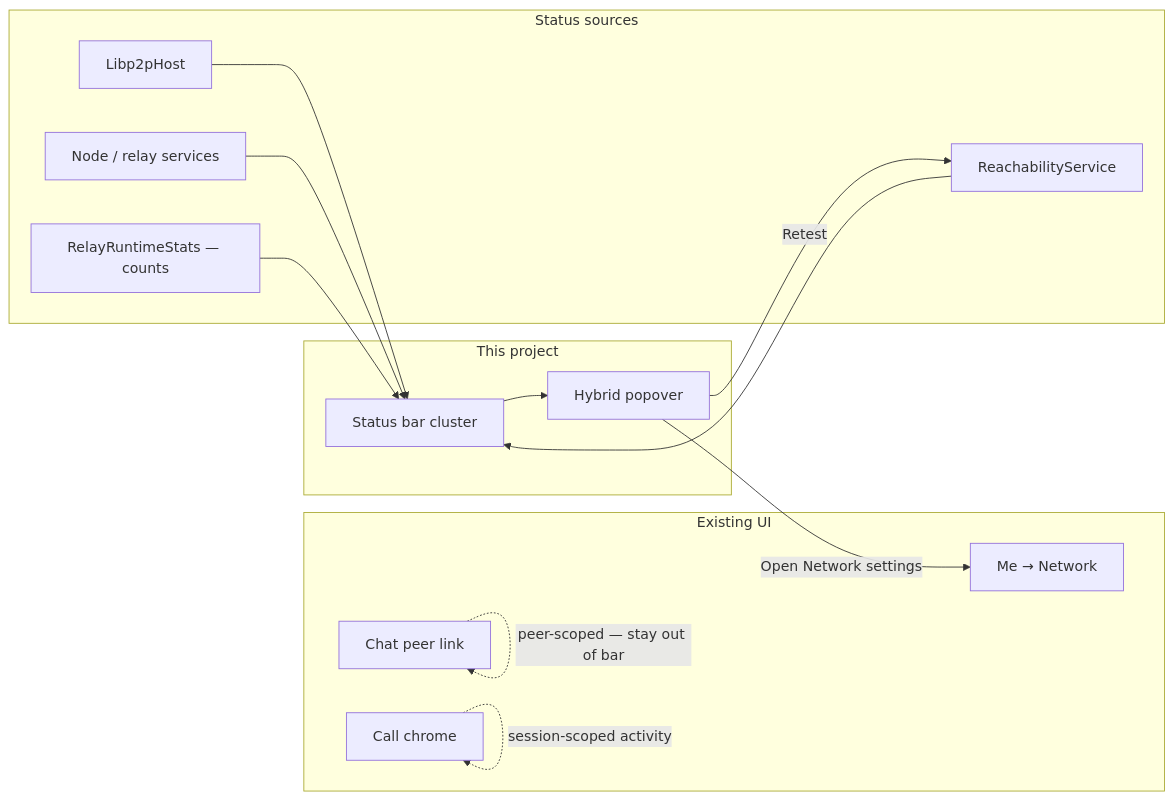
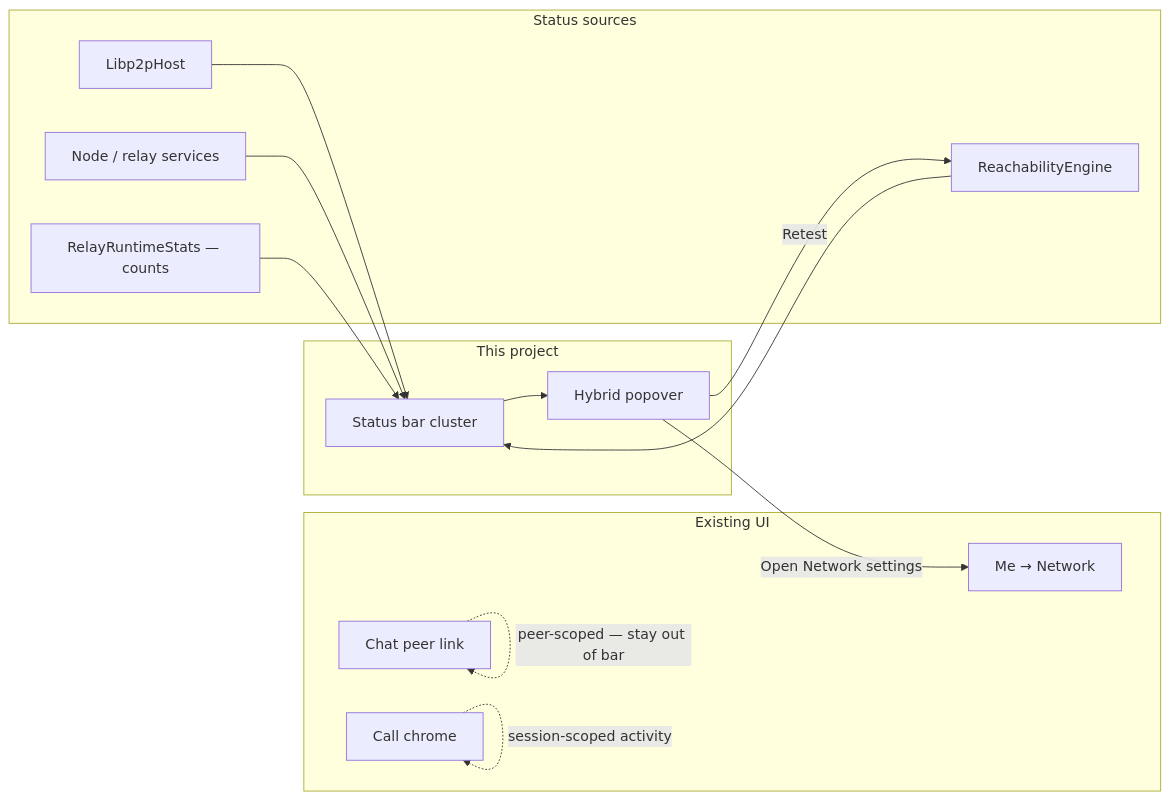
One commit to people-post/pp-browser changed the diagram in projects/network-status-chrome/README.md. Above: the diagram before and after it, drawn with Mermaid. The commit also changed 184 other files, not shown here.

````diff
--- a/projects/network-status-chrome/README.md
+++ b/projects/network-status-chrome/README.md
@@ -48,27 +48,27 @@
 ```mermaid
 flowchart LR
   subgraph sources [Status sources]
     Host[Libp2pHost]
-    Reach[ReachabilityService]
+    Reach[ReachabilityEngine]
     Help[Node / relay services]
     Stats[RelayRuntimeStats — counts]
   end
   subgraph chrome [This project]
     Bar[Status bar cluster]
     Pop[Hybrid popover]
   end
   subgraph existing [Existing UI]
     MeNet[Me → Network]
     ChatLink[Chat peer link]
     CallChrome[Call chrome]
   end
   Host --> Bar
   Reach --> Bar
   Help --> Bar
   Stats --> Bar
   Bar --> Pop
   Pop -->|Retest| Reach
   Pop -->|Open Network settings| MeNet
   ChatLink -.->|peer-scoped — stay out of bar| ChatLink
   CallChrome -.->|session-scoped activity| CallChrome
 ```
````
